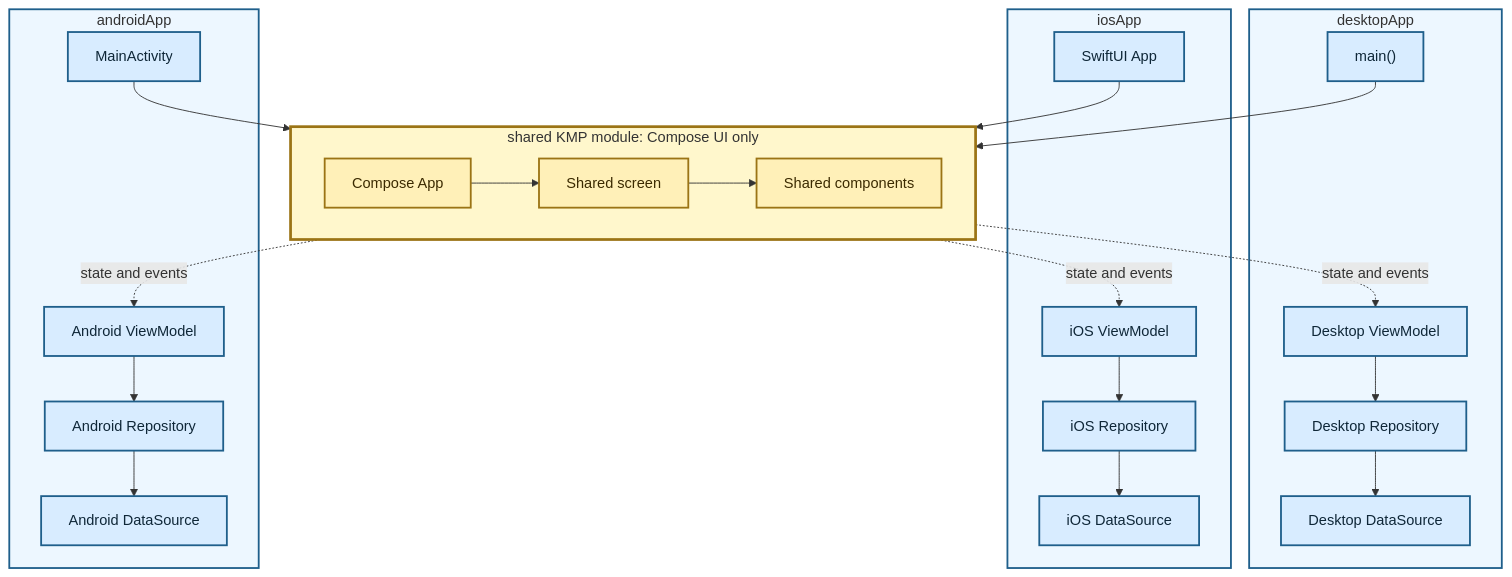
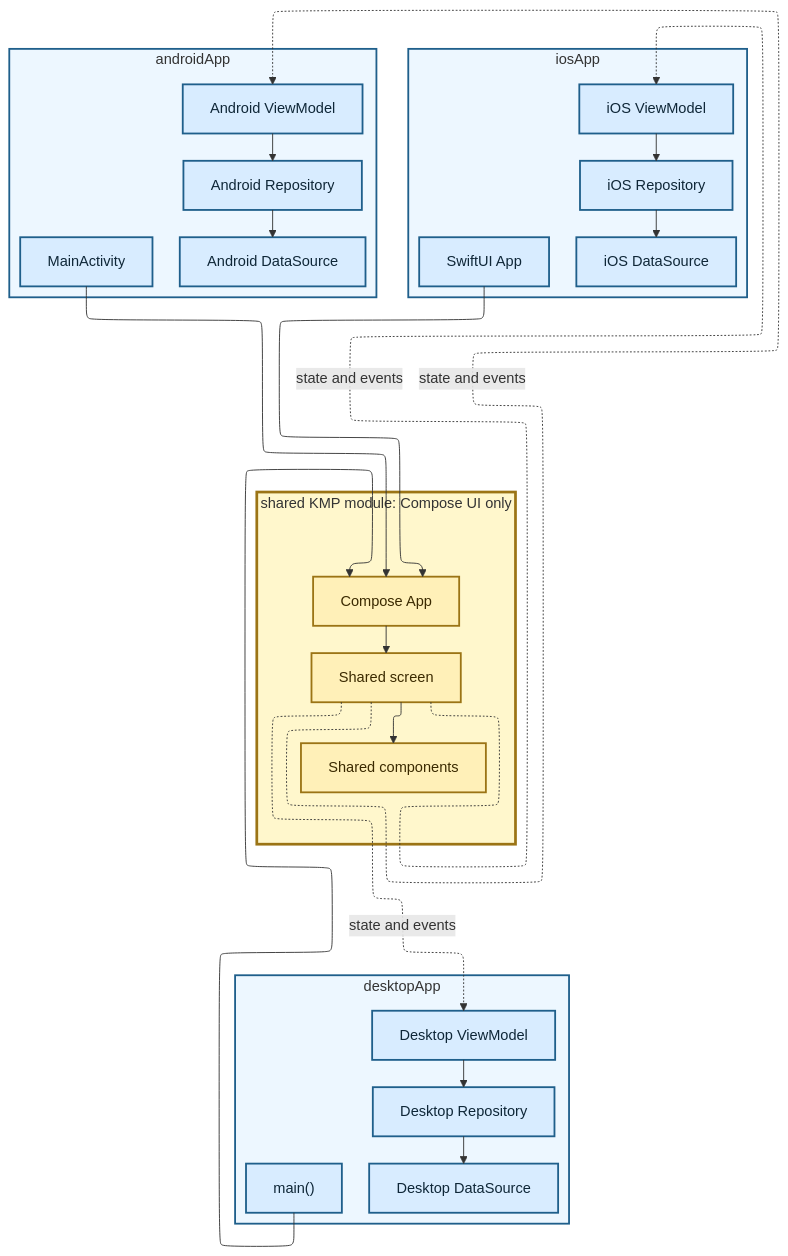
The diagram in diagrams/03-kmp-compose-ui.md (TheSetox/kmp-sample-diagrams), drawn with Mermaid before and after one commit. The commit also changed 23 other files, not shown here.

Commit message:
docs: compact complex diagram layouts

````diff
--- a/diagrams/03-kmp-compose-ui.md
+++ b/diagrams/03-kmp-compose-ui.md
@@ -5,50 +5,56 @@
 ```mermaid
+---
+config:
+  layout: elk
+  elk:
+    nodePlacementStrategy: SIMPLE
+---
 flowchart TB
   subgraph Desktop["desktopApp"]
     DEntry["main()"]
     DVM["Desktop ViewModel"]
     DRepository["Desktop Repository"]
     DDataSource["Desktop DataSource"]
     DVM --> DRepository --> DDataSource
   end
 
   subgraph IOS["iosApp"]
     IEntry["SwiftUI App"]
     IVM["iOS ViewModel"]
     IRepository["iOS Repository"]
     IDataSource["iOS DataSource"]
     IVM --> IRepository --> IDataSource
   end
 
   subgraph Android["androidApp"]
     AEntry["MainActivity"]
     AVM["Android ViewModel"]
     ARepository["Android Repository"]
     ADataSource["Android DataSource"]
     AVM --> ARepository --> ADataSource
   end
 
   subgraph KMP["shared KMP module: Compose UI only"]
     direction LR
     App["Compose App"]
     Screen["Shared screen"]
     Components["Shared components"]
     App --> Screen --> Components
   end
 
   AEntry --> App
   IEntry --> App
   DEntry --> App
   Screen -. "state and events" .-> AVM
   Screen -. "state and events" .-> IVM
   Screen -. "state and events" .-> DVM
 
   classDef app fill:#d8ecff,stroke:#1f5f8b,color:#0f2738,stroke-width:2px;
   classDef kmp fill:#fff0b8,stroke:#9b7415,color:#3b2a00,stroke-width:2px;
   class AEntry,AVM,ARepository,ADataSource,IEntry,IVM,IRepository,IDataSource,DEntry,DVM,DRepository,DDataSource app;
   class App,Screen,Components kmp;
   style Android fill:#edf7ff,stroke:#1f5f8b,stroke-width:2px
   style IOS fill:#edf7ff,stroke:#1f5f8b,stroke-width:2px
   style Desktop fill:#edf7ff,stroke:#1f5f8b,stroke-width:2px
   style KMP fill:#fff7cc,stroke:#9b7415,stroke-width:3px
 ```
````
